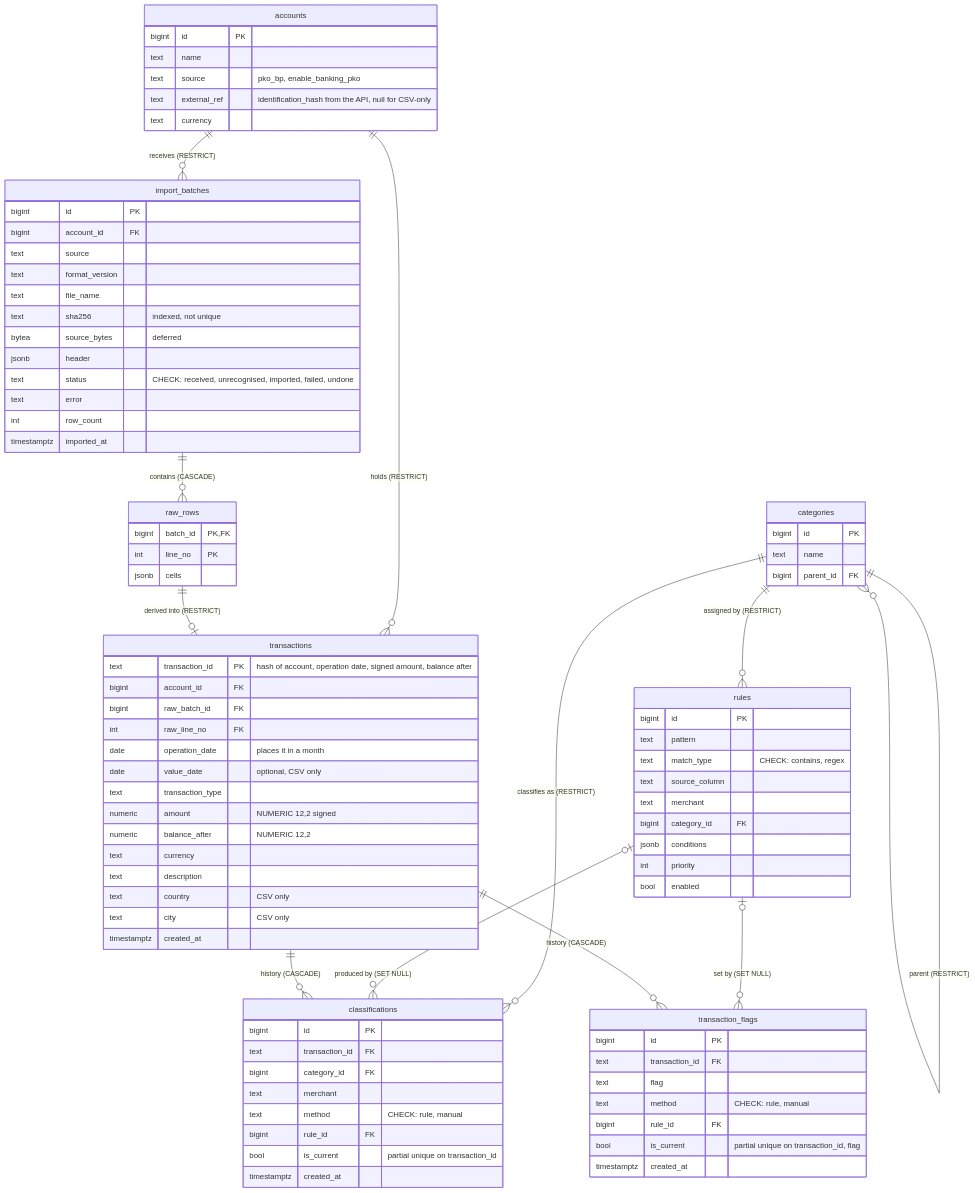
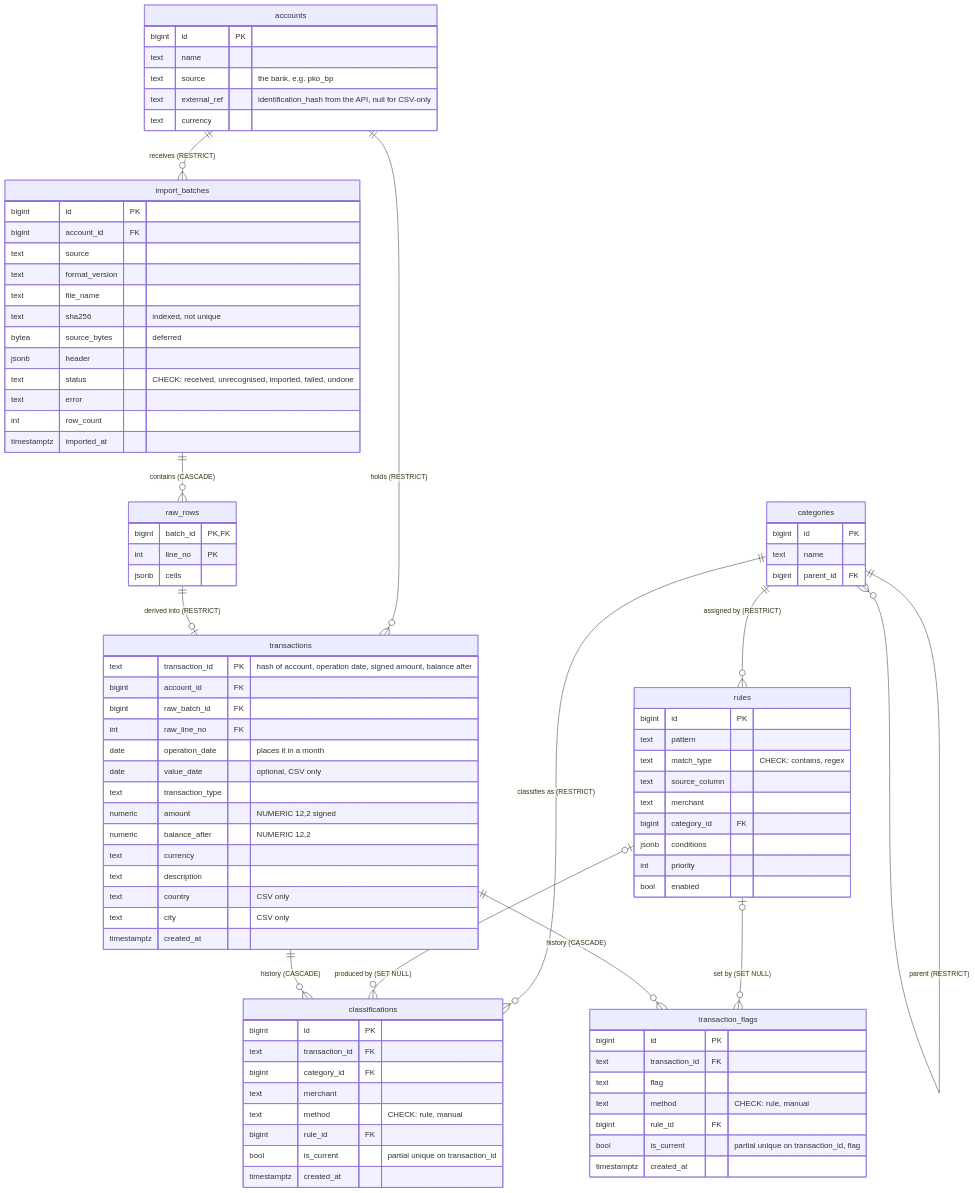
One commit to terleckimaciej/expensior-v2 changed the diagram in docs/decisions/0010-database-schema.md. Above: the diagram before and after it, drawn with Mermaid. The commit also changed 14 other files, not shown here.

First line of the commit message:
feat(bank): add the Enable Banking client and the fetch service

```diff
--- a/docs/decisions/0010-database-schema.md
+++ b/docs/decisions/0010-database-schema.md
@@ -25,7 +25,7 @@
     accounts {
         bigint id PK
         text name
-        text source "pko_bp, enable_banking_pko"
+        text source "the bank, e.g. pko_bp"
         text external_ref "identification_hash from the API, null for CSV-only"
         text currency
     }
```
